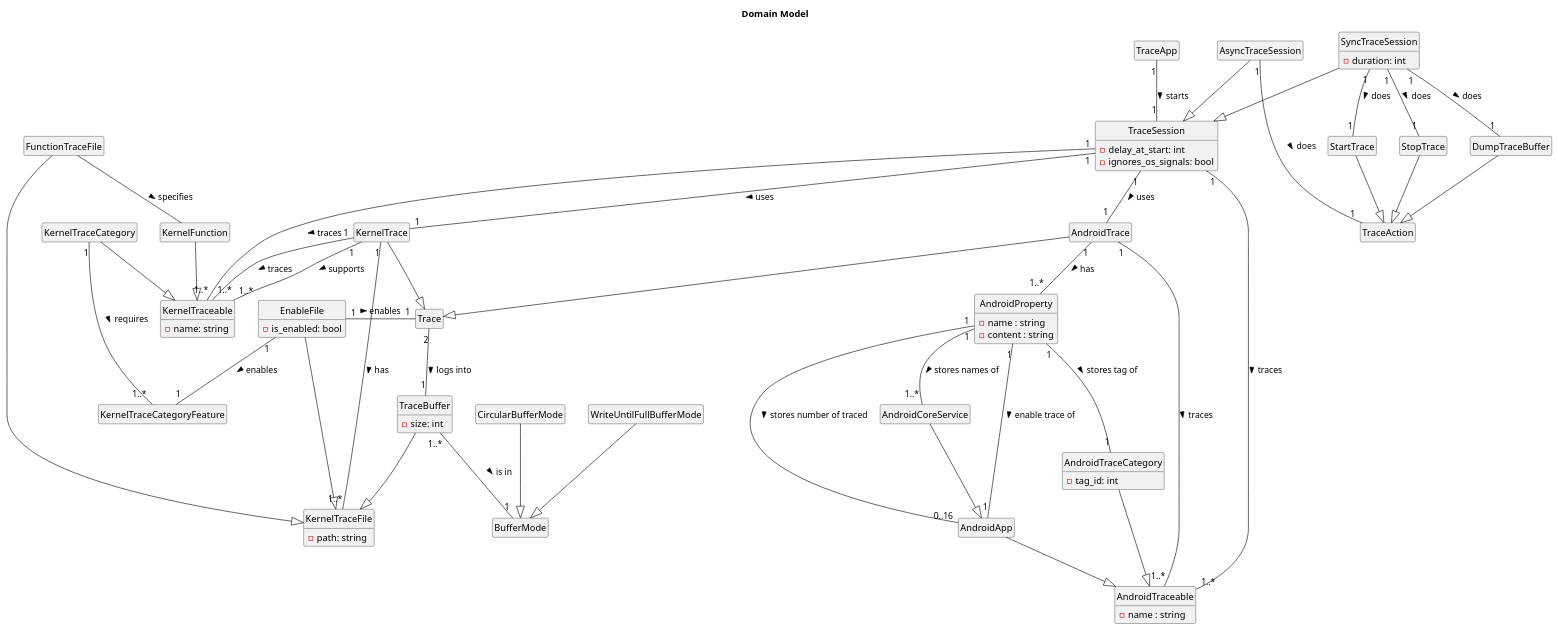
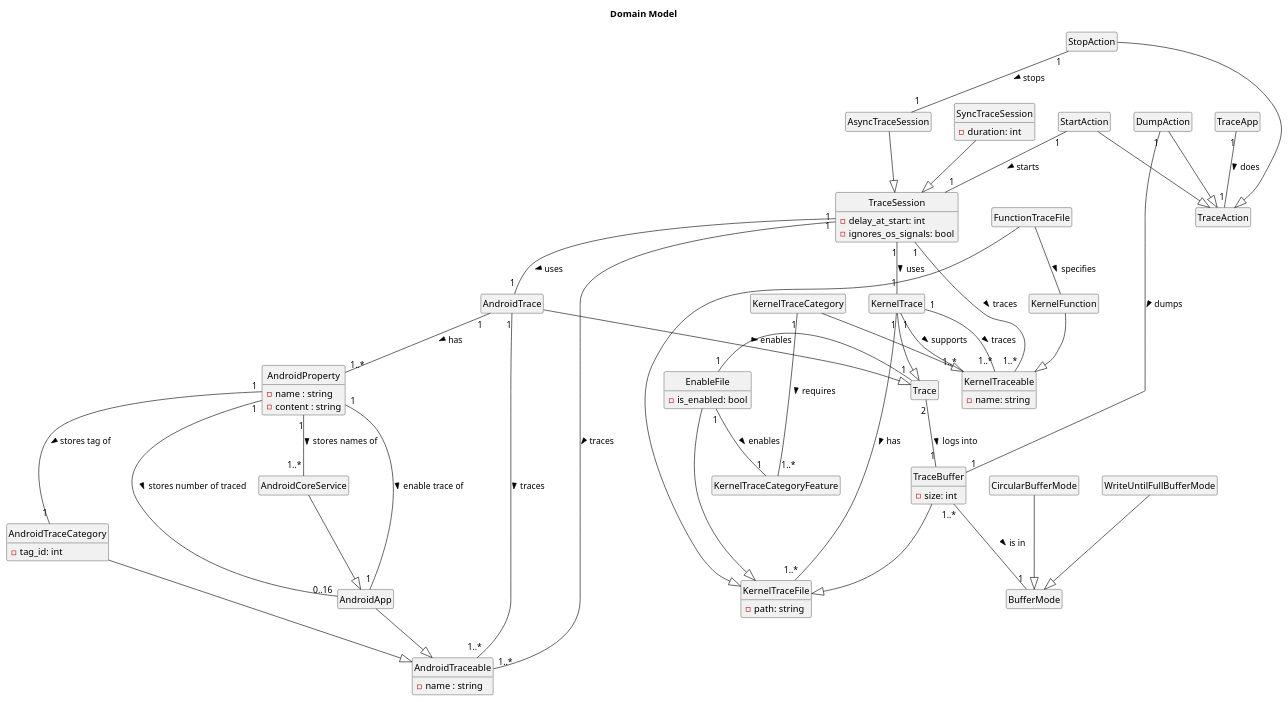
Before and after one commit to littlewhywhat/extrace: the diagram in docs/domain/domain.puml, drawn with PlantUML. The commit also changed 1 other file, not shown here.

```diff
--- a/docs/domain/domain.puml
+++ b/docs/domain/domain.puml
@@ -165,7 +165,7 @@
 hide TraceApp methods
 hide TraceApp fields
 
-TraceApp "1" -- "1" TraceSession: starts >
+TraceApp "1" -- "1" TraceAction: does >
 
 class TraceSession {
   - delay_at_start: int
@@ -186,7 +186,6 @@
 hide AsyncTraceSession fields
 
 AsyncTraceSession --|> TraceSession
-AsyncTraceSession "1" -- "1" TraceAction: does >
 
 class SyncTraceSession {
   - duration: int
@@ -195,9 +194,6 @@
 hide SyncTraceSession methods
 
 SyncTraceSession --|> TraceSession
-SyncTraceSession "1" -- "1" StartTrace: does >
-SyncTraceSession "1" -- "1" StopTrace: does >
-SyncTraceSession "1" -- "1" DumpTraceBuffer: does >
 
 class TraceAction {
 }
@@ -205,32 +201,32 @@
 hide TraceAction methods
 hide TraceAction fields
 
-class StartTrace {
+class StartAction {
 }
-hide StartTrace circle
-hide StartTrace methods
-hide StartTrace fields
+hide StartAction circle
+hide StartAction methods
+hide StartAction fields
 
-StartTrace --|> TraceAction
+StartAction --|> TraceAction
 
-class StopTrace {
+class StopAction {
 }
-hide StopTrace circle
-hide StopTrace methods
-hide StopTrace fields
+hide StopAction circle
+hide StopAction methods
+hide StopAction fields
 
-StopTrace --|> TraceAction
+StopAction --|> TraceAction
 
-class DumpTraceBuffer {
+class DumpAction {
 }
-hide DumpTraceBuffer circle
-hide DumpTraceBuffer methods
-hide DumpTraceBuffer fields
+hide DumpAction circle
+hide DumpAction methods
+hide DumpAction fields
 
-DumpTraceBuffer --|> TraceAction
+DumpAction --|> TraceAction
 
-' TODO
-' TraceBuffer (size, circular)
-' TraceSession (mode-(async-(action-(start,dump,stop)),sync),ignore_signals,duration,initial_sleep)
+StartAction "1" -- "1" TraceSession: starts >
+StopAction "1" -- "1" AsyncTraceSession: stops >
+DumpAction "1" -- "1" TraceBuffer: dumps >
 
 @enduml
```
